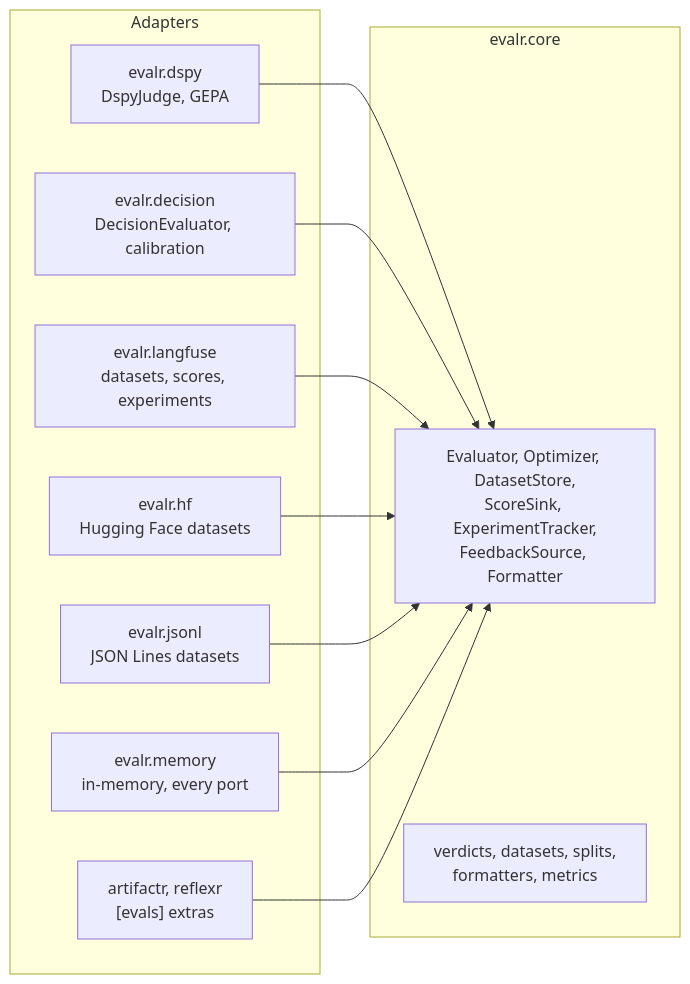
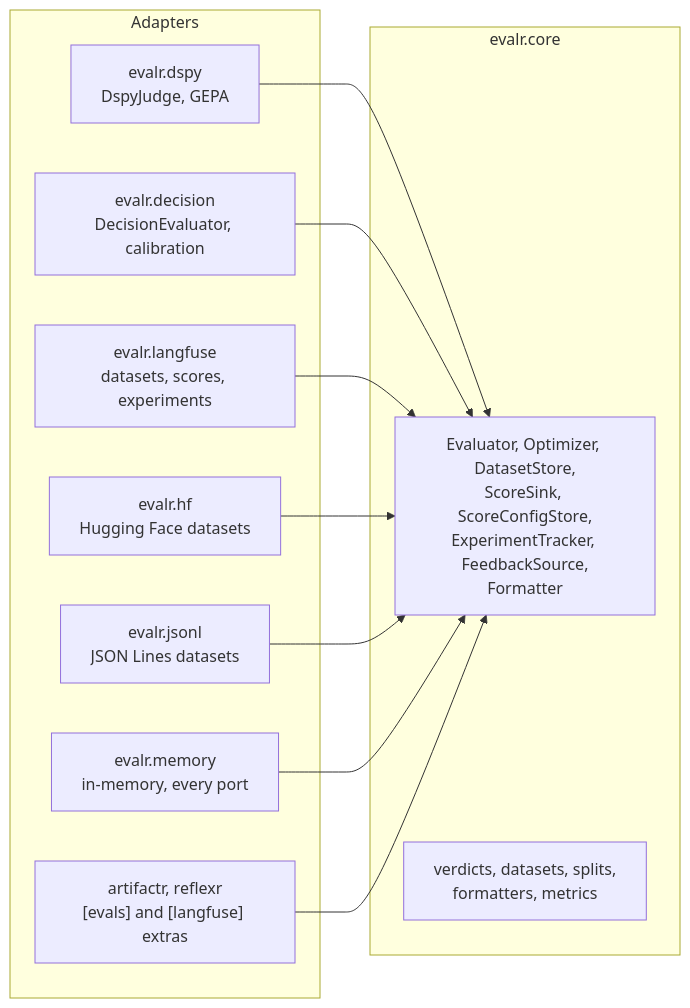
Before and after one commit to alexnodeland/evalr: the second of 2 diagrams in docs/concepts.md, drawn with Mermaid. The commit also changed other lines of this file and 33 other files, not shown here.

First line of the commit message:
feat(core): own the score mapping and ports the libraries share (#32)

````diff
--- a/docs/concepts.md
+++ b/docs/concepts.md
@@ -64,23 +64,23 @@
 ```mermaid
 graph LR
     subgraph adapters["Adapters"]
         dspy["evalr.dspy<br/>DspyJudge, GEPA"]
         decision["evalr.decision<br/>DecisionEvaluator, calibration"]
         langfuse["evalr.langfuse<br/>datasets, scores, experiments"]
         hf["evalr.hf<br/>Hugging Face datasets"]
         jsonl["evalr.jsonl<br/>JSON Lines datasets"]
         memory["evalr.memory<br/>in-memory, every port"]
-        libs["artifactr, reflexr<br/>[evals] extras"]
+        libs["artifactr, reflexr<br/>[evals] and [langfuse] extras"]
     end
     subgraph core["evalr.core"]
-        ports["Evaluator, Optimizer, DatasetStore,<br/>ScoreSink, ExperimentTracker,<br/>FeedbackSource, Formatter"]
+        ports["Evaluator, Optimizer, DatasetStore,<br/>ScoreSink, ScoreConfigStore,<br/>ExperimentTracker, FeedbackSource,<br/>Formatter"]
         values["verdicts, datasets, splits,<br/>formatters, metrics"]
     end
     dspy --> ports
     decision --> ports
     langfuse --> ports
     hf --> ports
     jsonl --> ports
     memory --> ports
     libs --> ports
 ```
````
